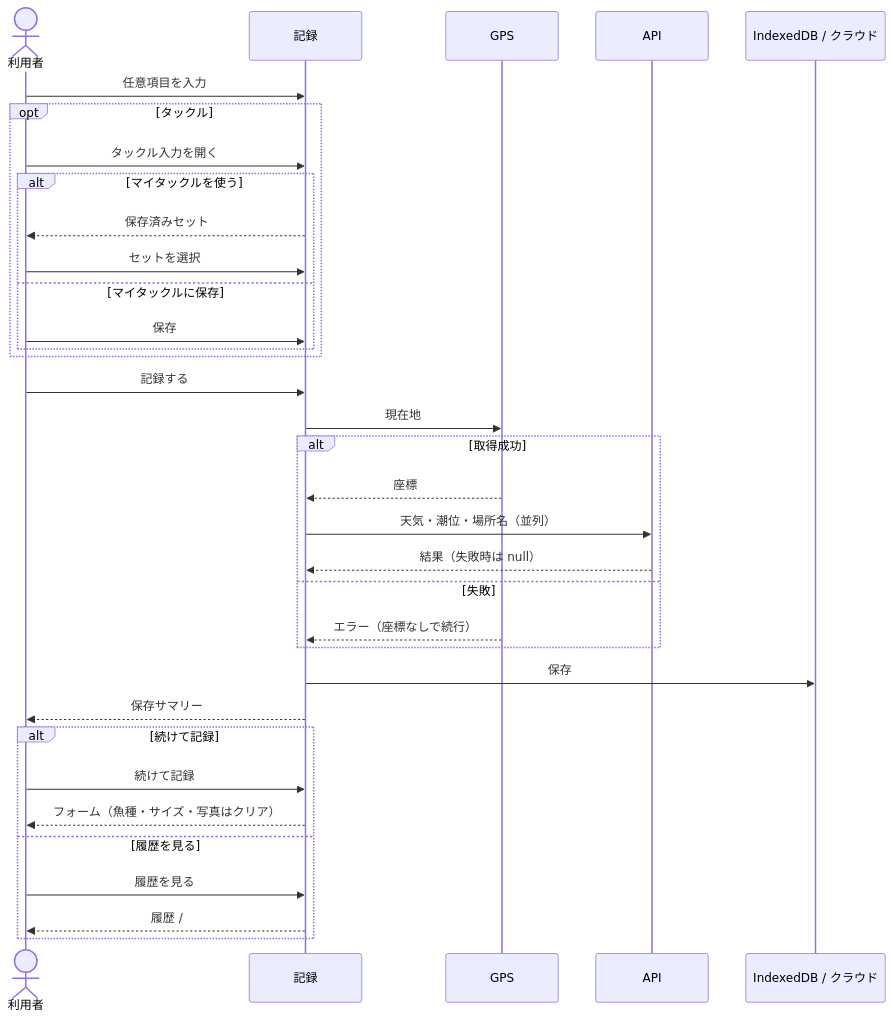
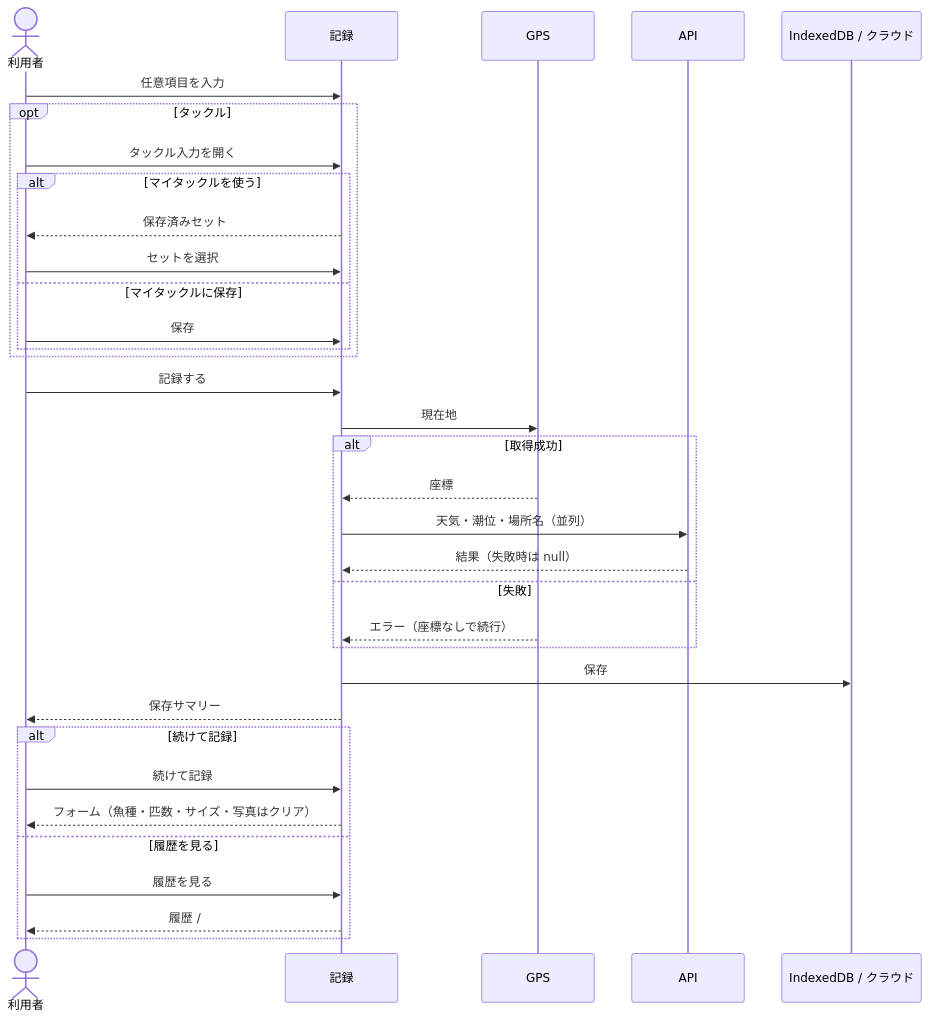
One commit to honeston/fissingplotter changed the second of 2 diagrams in docs/screens/design/record.md. Above: the diagram before and after it, drawn with Mermaid. The commit also changed other lines of this file and 30 other files, not shown here.

Commit message:
記録に匹数を任意入力できるようにし、同じ種類をまとめて残しても図鑑の釣果数に正しく載るようにする。

````diff
--- a/docs/screens/design/record.md
+++ b/docs/screens/design/record.md
@@ -32,37 +33,37 @@
 ```mermaid
 sequenceDiagram
   actor U as 利用者
   participant Rec as 記録
   participant GPS as GPS
   participant API as API
   participant Store as IndexedDB / クラウド
 
   U->>Rec: 任意項目を入力
   opt タックル
     U->>Rec: タックル入力を開く
     alt マイタックルを使う
       Rec-->>U: 保存済みセット
       U->>Rec: セットを選択
     else マイタックルに保存
       U->>Rec: 保存
     end
   end
   U->>Rec: 記録する
   Rec->>GPS: 現在地
   alt 取得成功
     GPS-->>Rec: 座標
     Rec->>API: 天気・潮位・場所名（並列）
     API-->>Rec: 結果（失敗時は null）
   else 失敗
     GPS-->>Rec: エラー（座標なしで続行）
   end
   Rec->>Store: 保存
   Rec-->>U: 保存サマリー
   alt 続けて記録
     U->>Rec: 続けて記録
-    Rec-->>U: フォーム（魚種・サイズ・写真はクリア）
+    Rec-->>U: フォーム（魚種・匹数・サイズ・写真はクリア）
   else 履歴を見る
     U->>Rec: 履歴を見る
     Rec-->>U: 履歴 /
   end
 ```
````
